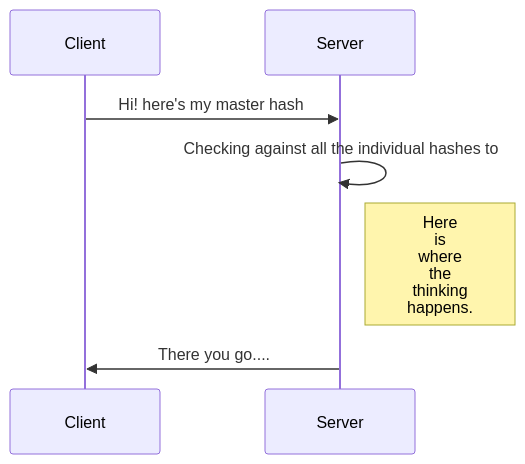
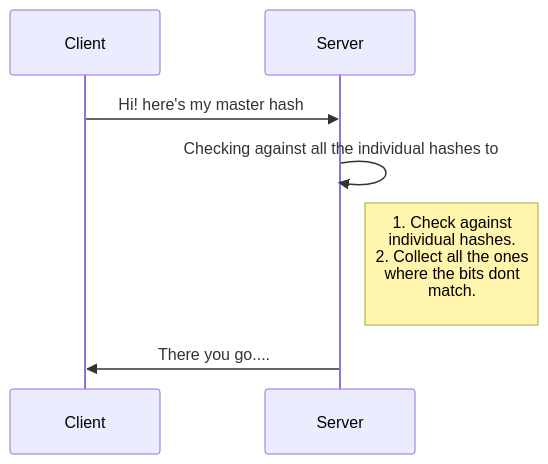
Before and after one commit to trshant-sugoi/stackedit: the first of 2 diagrams in drafts/2019-02-05-bloom-filter.md, drawn with Mermaid. The commit also changed other lines of this file, not shown here.

````diff
--- a/drafts/2019-02-05-bloom-filter.md
+++ b/drafts/2019-02-05-bloom-filter.md
@@ -10,7 +10,8 @@
 ```mermaid
 sequenceDiagram
 Client ->> Server: Hi! here's my master hash
 Server ->> Server: Checking against all the individual hashes to 
-Note right of Server: Here <br/>is <br/>where <br/>the <br/>thinking <br/>happens.
+Note right of Server: 1. Check against <br/>individual hashes.<br/>2. Collect all the ones<br/> where the bits dont <br/>match.<br/>
+
 Server ->> Client: There you go....
 ```
````
